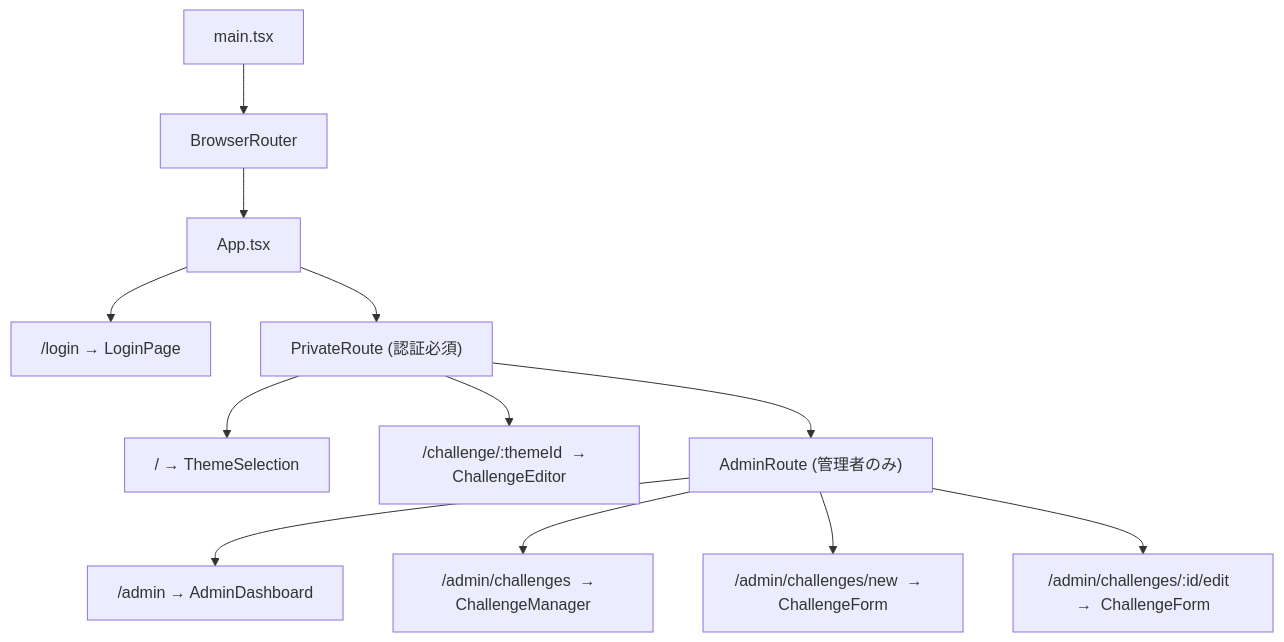
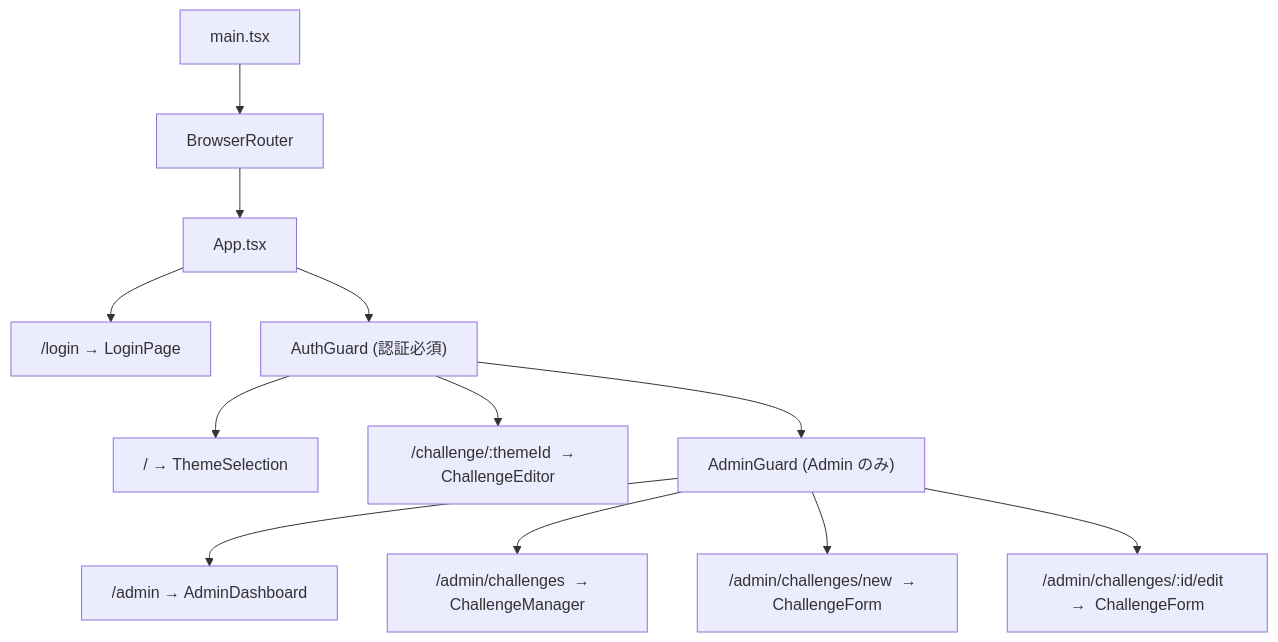
The fifth of 5 diagrams in docs-new/architecture.md (matsuda-tkm/debug-master), drawn with Mermaid before and after one commit. The commit also changed other lines of this file and 6 other files, not shown here.

Commit message:
docs: Update architecture, security, and migration documentation to reflect the transition from Firebase Authentication to Basic Authentication with user and admin roles, and remove references to the users collection in Firestore.

````diff
--- a/docs-new/architecture.md
+++ b/docs-new/architecture.md
@@ -178,14 +170,14 @@
 ```mermaid
 flowchart TD
     main["main.tsx"] --> BrowserRouter
     BrowserRouter --> App["App.tsx"]
     App --> Login["/login → LoginPage"]
-    App --> PrivateRoute["PrivateRoute (認証必須)"]
-    PrivateRoute --> Home["/  →  ThemeSelection"]
-    PrivateRoute --> Challenge["/challenge/:themeId  →  ChallengeEditor"]
-    PrivateRoute --> AdminRoute["AdminRoute (管理者のみ)"]
-    AdminRoute --> AdminDash["/admin  →  AdminDashboard"]
-    AdminRoute --> AdminChallenges["/admin/challenges  →  ChallengeManager"]
-    AdminRoute --> AdminNew["/admin/challenges/new  →  ChallengeForm"]
-    AdminRoute --> AdminEdit["/admin/challenges/:id/edit  →  ChallengeForm"]
+    App --> AuthGuard["AuthGuard (認証必須)"]
+    AuthGuard --> Home["/  →  ThemeSelection"]
+    AuthGuard --> Challenge["/challenge/:themeId  →  ChallengeEditor"]
+    AuthGuard --> AdminGuard["AdminGuard (Admin のみ)"]
+    AdminGuard --> AdminDash["/admin  →  AdminDashboard"]
+    AdminGuard --> AdminChallenges["/admin/challenges  →  ChallengeManager"]
+    AdminGuard --> AdminNew["/admin/challenges/new  →  ChallengeForm"]
+    AdminGuard --> AdminEdit["/admin/challenges/:id/edit  →  ChallengeForm"]
 ```
````
